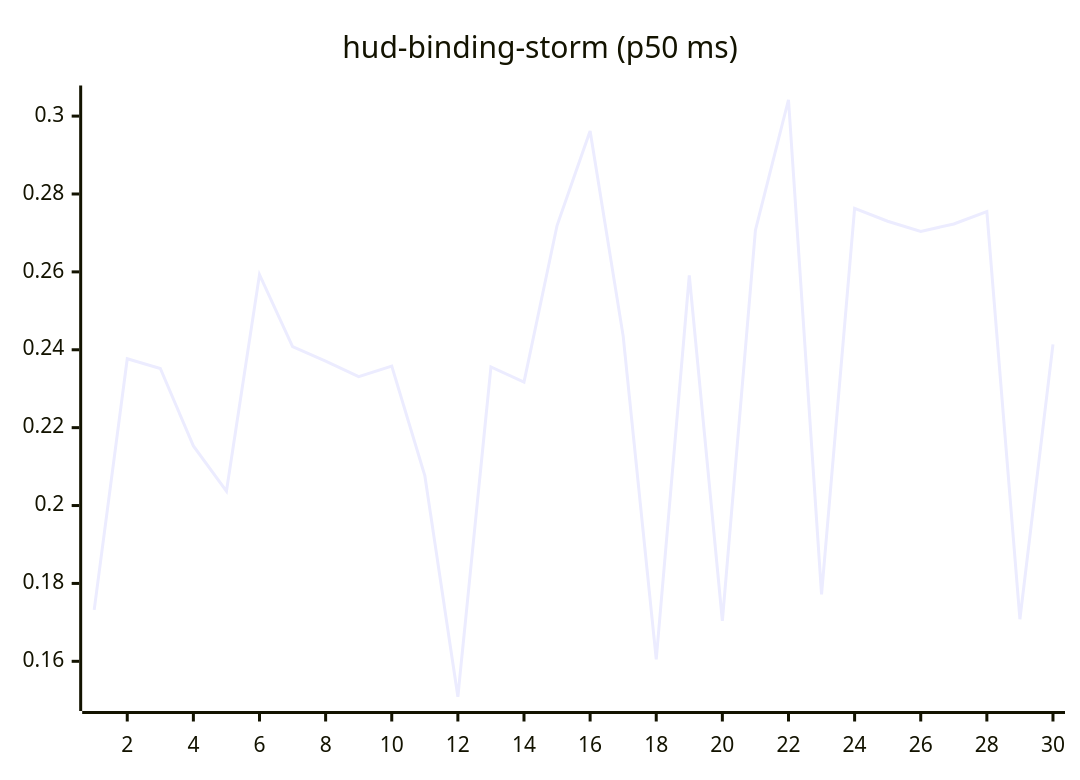
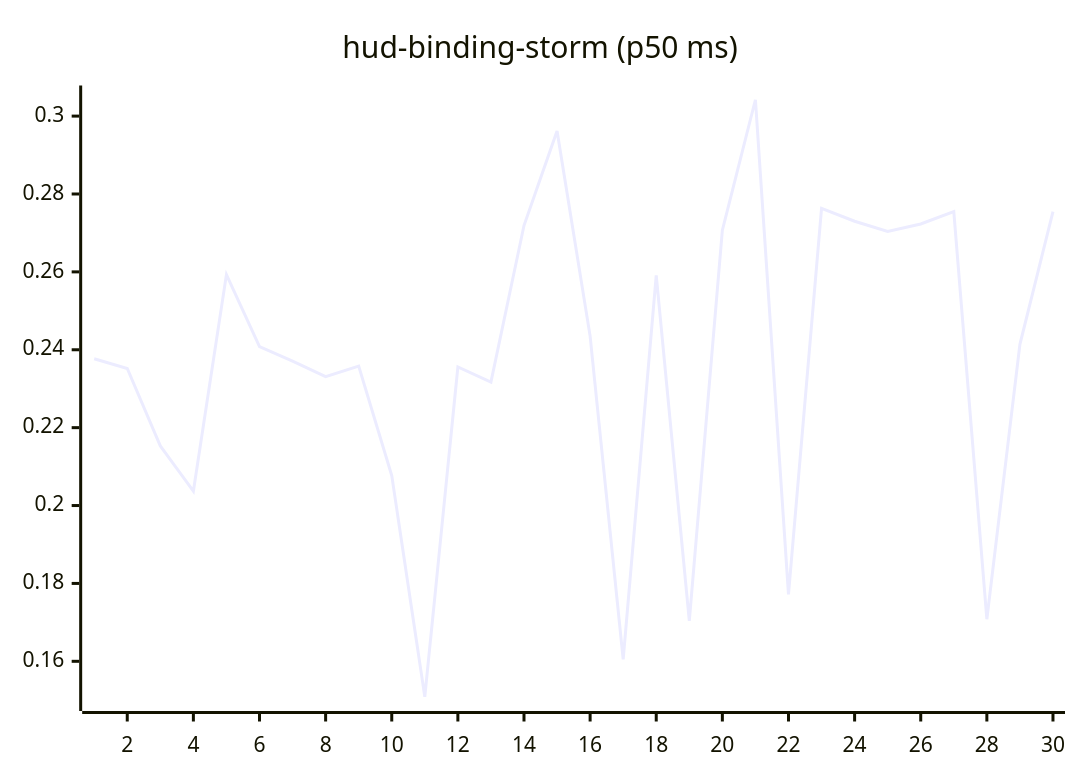
Before and after one commit to josha/Facet: the tenth of 27 diagrams in README.md, drawn with Mermaid. The commit also changed other lines of this file and 2 other files, not shown here.

````diff
--- a/README.md
+++ b/README.md
@@ -126,6 +126,6 @@
 ```mermaid
 xychart-beta
     title "hud-binding-storm (p50 ms)"
     x-axis 1 --> 30
-    line [0.1732, 0.2377, 0.2352, 0.2153, 0.2037, 0.2593, 0.2408, 0.2371, 0.2331, 0.2358, 0.2077, 0.1509, 0.2356, 0.2317, 0.2719, 0.2962, 0.2435, 0.1605, 0.2591, 0.1704, 0.2707, 0.3042, 0.1772, 0.2763, 0.2730, 0.2704, 0.2723, 0.2755, 0.1708, 0.2414]
+    line [0.2377, 0.2352, 0.2153, 0.2037, 0.2593, 0.2408, 0.2371, 0.2331, 0.2358, 0.2077, 0.1509, 0.2356, 0.2317, 0.2719, 0.2962, 0.2435, 0.1605, 0.2591, 0.1704, 0.2707, 0.3042, 0.1772, 0.2763, 0.2730, 0.2704, 0.2723, 0.2755, 0.1708, 0.2414, 0.2755]
 ```
````
